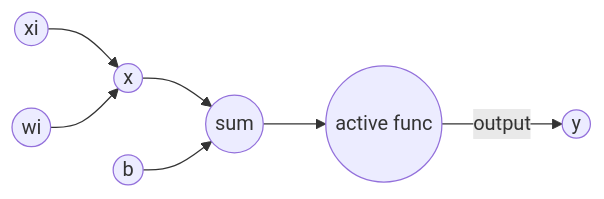
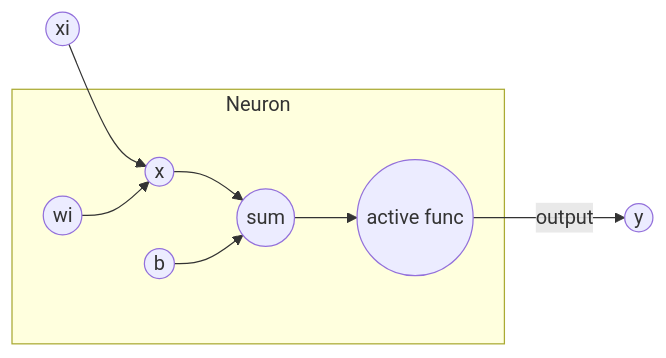
One commit to orinbai/rlearning changed the fifth of 6 diagrams in Mastering Tensorflow 1.x.md. Above: the diagram before and after it, drawn with Mermaid. The commit also changed other lines of this file, not shown here.

Commit message:
Modify Graph of Simple MLP

````diff
--- a/Mastering Tensorflow 1.x.md
+++ b/Mastering Tensorflow 1.x.md
@@ -1925,9 +1929,11 @@
 ```mermaid
 graph LR
 i((xi)) --> m((x))
+subgraph Neuron
 m-->c((sum))
 c-->a((active func))
-a-->|output|o((y))
 b((b)) -->c
 w((wi)) --> m
+end
+a-->|output|o((y))
 ```
````
